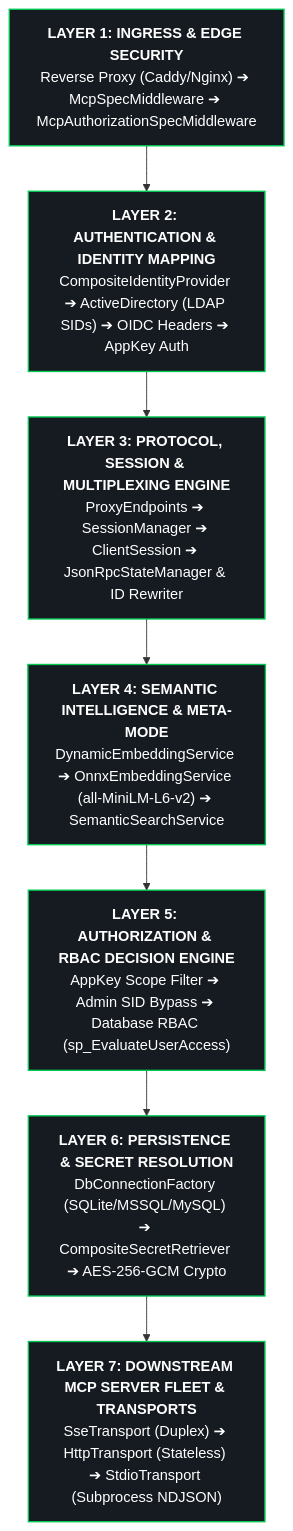
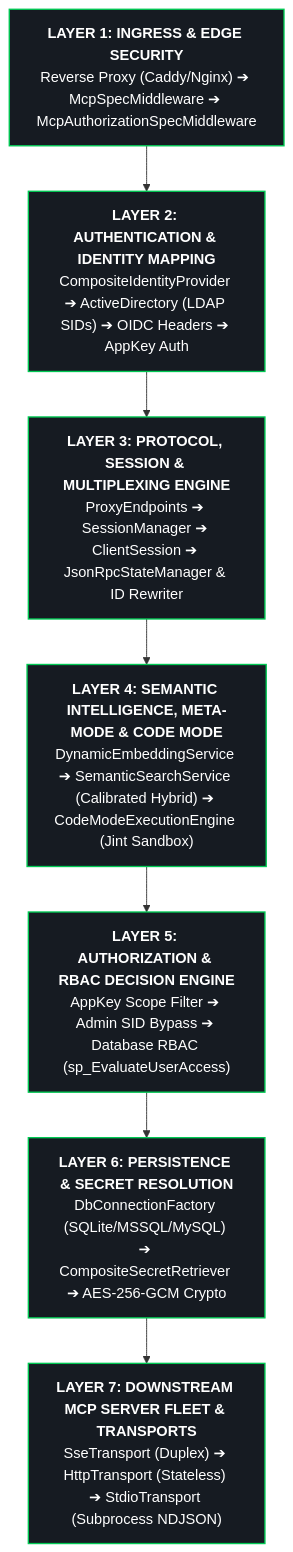
Before and after one commit to spelech/model-context-gateway: the first of 2 diagrams in docs/architecture/index.md, drawn with Mermaid. The commit also changed other lines of this file and 13 other files, not shown here.

````diff
--- a/docs/architecture/index.md
+++ b/docs/architecture/index.md
@@ -65,15 +66,15 @@
 ```mermaid
 flowchart TD
     L1["<b>LAYER 1: INGRESS & EDGE SECURITY</b><br>Reverse Proxy (Caddy/Nginx) ➔ McpSpecMiddleware ➔ McpAuthorizationSpecMiddleware"]
     L2["<b>LAYER 2: AUTHENTICATION & IDENTITY MAPPING</b><br>CompositeIdentityProvider ➔ ActiveDirectory (LDAP SIDs) ➔ OIDC Headers ➔ AppKey Auth"]
     L3["<b>LAYER 3: PROTOCOL, SESSION & MULTIPLEXING ENGINE</b><br>ProxyEndpoints ➔ SessionManager ➔ ClientSession ➔ JsonRpcStateManager & ID Rewriter"]
-    L4["<b>LAYER 4: SEMANTIC INTELLIGENCE & META-MODE</b><br>DynamicEmbeddingService ➔ OnnxEmbeddingService (all-MiniLM-L6-v2) ➔ SemanticSearchService"]
+    L4["<b>LAYER 4: SEMANTIC INTELLIGENCE, META-MODE & CODE MODE</b><br>DynamicEmbeddingService ➔ SemanticSearchService (Calibrated Hybrid) ➔ CodeModeExecutionEngine (Jint Sandbox)"]
     L5["<b>LAYER 5: AUTHORIZATION & RBAC DECISION ENGINE</b><br>AppKey Scope Filter ➔ Admin SID Bypass ➔ Database RBAC (sp_EvaluateUserAccess)"]
     L6["<b>LAYER 6: PERSISTENCE & SECRET RESOLUTION</b><br>DbConnectionFactory (SQLite/MSSQL/MySQL) ➔ CompositeSecretRetriever ➔ AES-256-GCM Crypto"]
     L7["<b>LAYER 7: DOWNSTREAM MCP SERVER FLEET & TRANSPORTS</b><br>SseTransport (Duplex) ➔ HttpTransport (Stateless) ➔ StdioTransport (Subprocess NDJSON)"]
 
     L1 --> L2 --> L3 --> L4 --> L5 --> L6 --> L7
 
     classDef layer fill:#161b22,stroke:#00c853,stroke-width:1.5px,color:#fff;
     class L1,L2,L3,L4,L5,L6,L7 layer;
 ```
````
